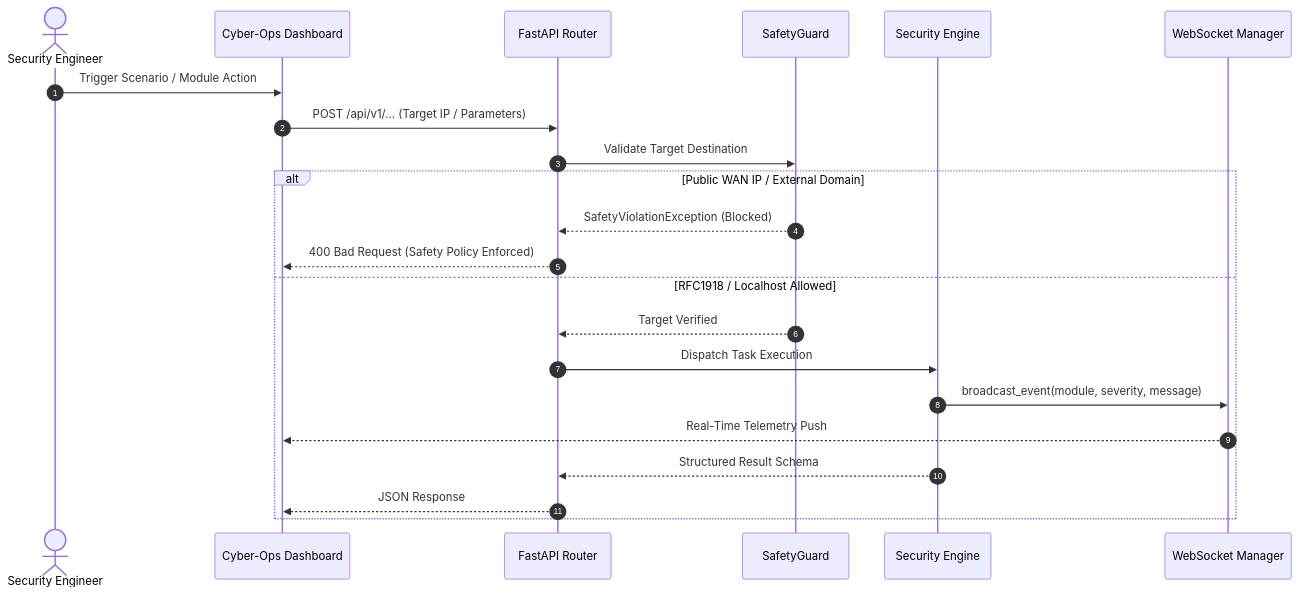
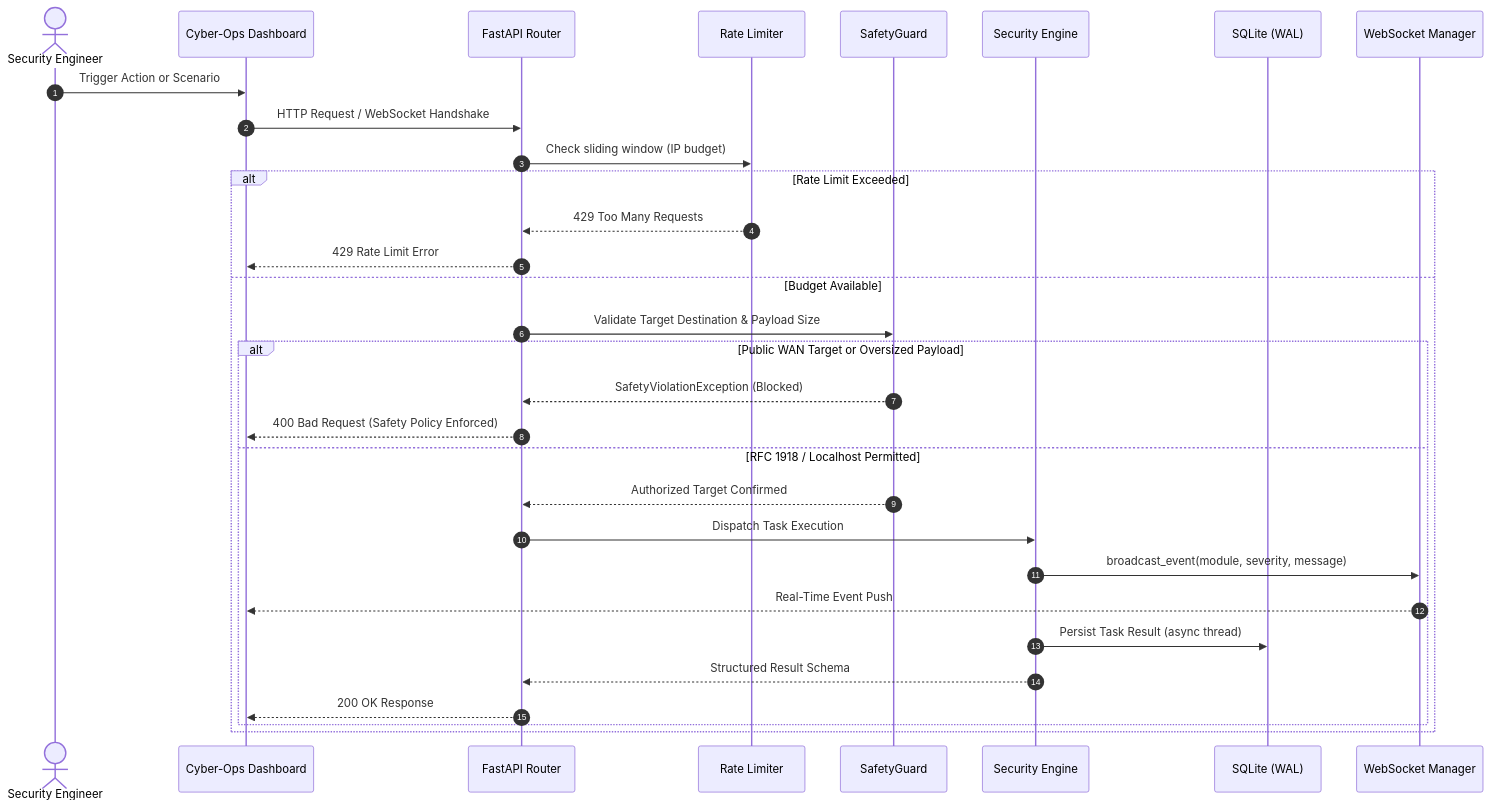
The second of 8 diagrams in docs/ARCHITECTURE.md (yashwantraj147-eng/aegisforge), drawn with Mermaid before and after one commit. The commit also changed other lines of this file and 10 other files, not shown here.

Commit message:
docs: complete Phase 7 - API specs, architecture diagrams, contributing guide, and GitHub templates

````diff
--- a/docs/ARCHITECTURE.md
+++ b/docs/ARCHITECTURE.md
@@ -53,25 +62,34 @@
 ```mermaid
 sequenceDiagram
     autonumber
     actor Operator as Security Engineer
     participant UI as Cyber-Ops Dashboard
     participant API as FastAPI Router
+    participant Limit as Rate Limiter
     participant Guard as SafetyGuard
     participant Engine as Security Engine
+    participant DB as SQLite (WAL)
     participant Bus as WebSocket Manager
 
-    Operator->>UI: Trigger Scenario / Module Action
-    UI->>API: POST /api/v1/... (Target IP / Parameters)
-    API->>Guard: Validate Target Destination
-    alt Public WAN IP / External Domain
-        Guard-->>API: SafetyViolationException (Blocked)
-        API-->>UI: 400 Bad Request (Safety Policy Enforced)
-    else RFC1918 / Localhost Allowed
-        Guard-->>API: Target Verified
-        API->>Engine: Dispatch Task Execution
-        Engine->>Bus: broadcast_event(module, severity, message)
-        Bus-->>UI: Real-Time Telemetry Push
-        Engine-->>API: Structured Result Schema
-        API-->>UI: JSON Response
+    Operator->>UI: Trigger Action or Scenario
+    UI->>API: HTTP Request / WebSocket Handshake
+    API->>Limit: Check sliding window (IP budget)
+    alt Rate Limit Exceeded
+        Limit-->>API: 429 Too Many Requests
+        API-->>UI: 429 Rate Limit Error
+    else Budget Available
+        API->>Guard: Validate Target Destination & Payload Size
+        alt Public WAN Target or Oversized Payload
+            Guard-->>API: SafetyViolationException (Blocked)
+            API-->>UI: 400 Bad Request (Safety Policy Enforced)
+        else RFC 1918 / Localhost Permitted
+            Guard-->>API: Authorized Target Confirmed
+            API->>Engine: Dispatch Task Execution
+            Engine->>Bus: broadcast_event(module, severity, message)
+            Bus-->>UI: Real-Time Event Push
+            Engine->>DB: Persist Task Result (async thread)
+            Engine-->>API: Structured Result Schema
+            API-->>UI: 200 OK Response
+        end
     end
 ```
````
